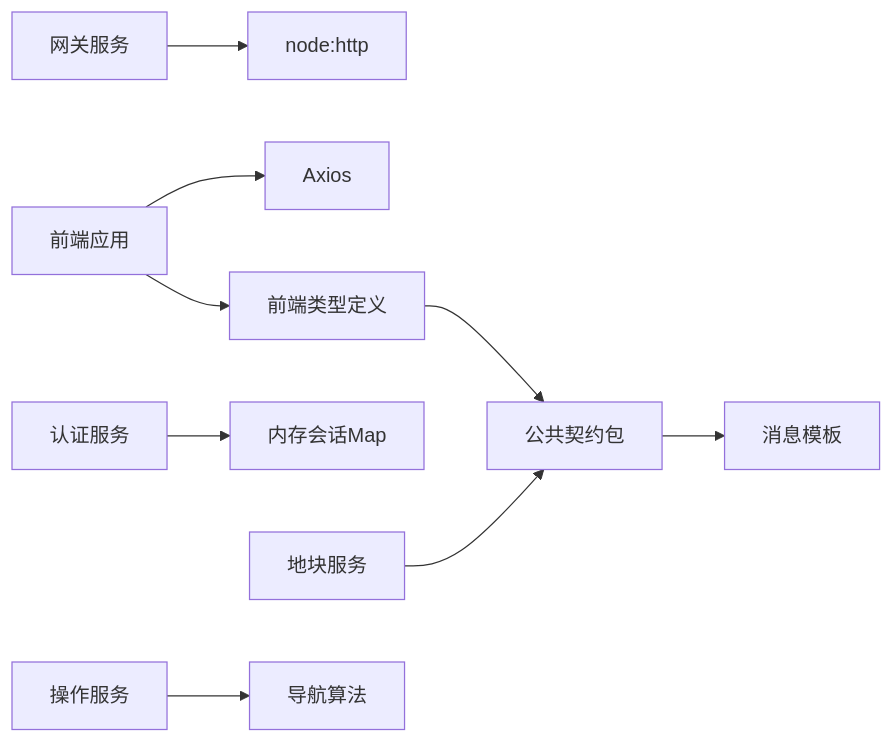
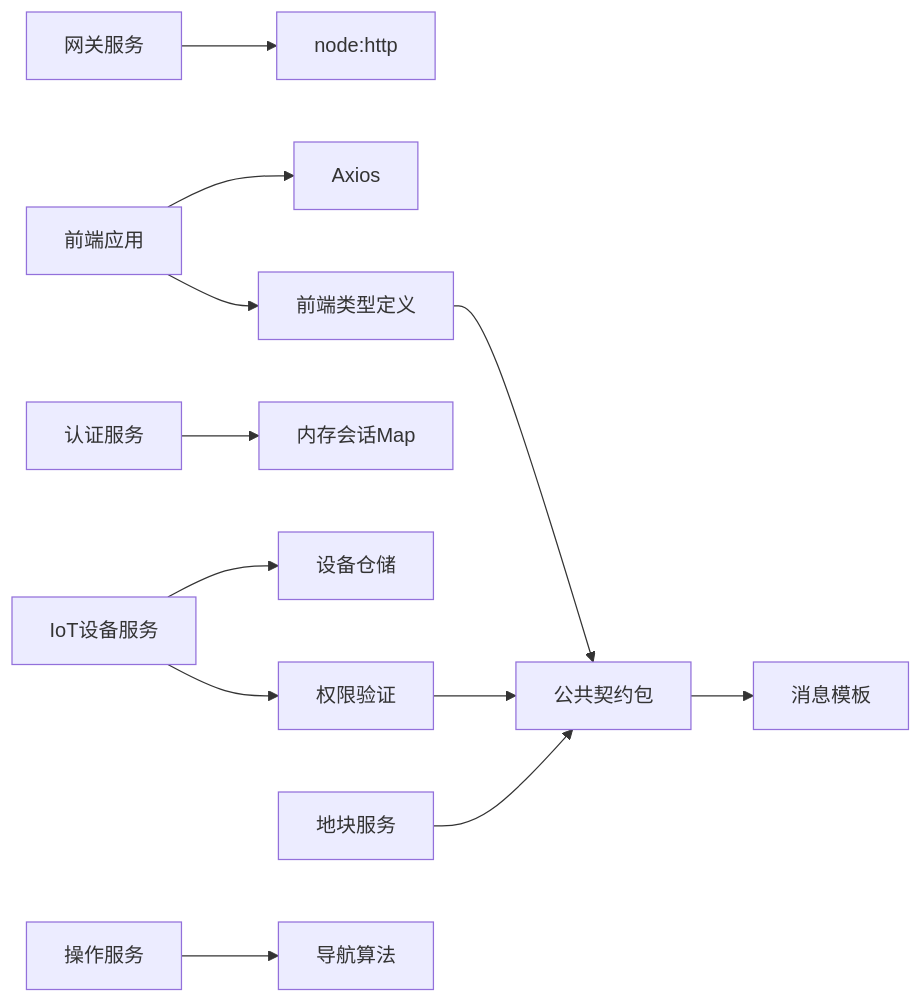
Before and after one commit to q446328246/agri-platform: diagram 14 of 14 in .qoder/repowiki/zh/content/前端应用文档/API集成.md, drawn with Mermaid. The commit also changed other lines of this file and 39 other files, not shown here.

````diff
--- a/.qoder/repowiki/zh/content/前端应用文档/API集成.md
+++ b/.qoder/repowiki/zh/content/前端应用文档/API集成.md
@@ -483,11 +560,14 @@
 ```mermaid
 graph LR
 WEB["前端应用"] --> AXIOS["Axios"]
 WEB --> TYPES["前端类型定义"]
 GATEWAY["网关服务"] --> NODE_HTTP["node:http"]
 AUTH["认证服务"] --> MAP["内存会话Map"]
+IOT["IoT设备服务"] --> DEVICE_REPO["设备仓储"]
+IOT --> AUTHZ["权限验证"]
 PLOT["地块服务"] --> CONTRACTS["公共契约包"]
 OPERATION["操作服务"] --> NAVIGATION["导航算法"]
 CONTRACTS --> MESSAGES["消息模板"]
 TYPES --> CONTRACTS
+AUTHZ --> CONTRACTS
 ```
````
